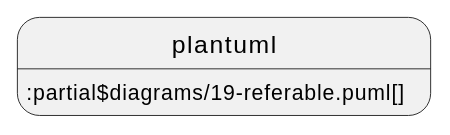
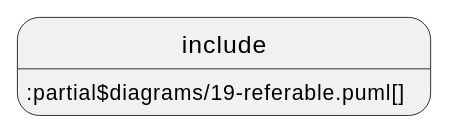
Before and after one commit to acplt/aas-specs: the sixth of 9 diagrams in documentation/IDTA-01001/modules/ROOT/pages/spec-metamodel/common.adoc, drawn with PlantUML. The commit also changed other lines of this file and 14 other files, not shown here.

First line of the commit message:
Revert "Use plantuml instead of include and test ./"

```diff
--- a/documentation/IDTA-01001/modules/ROOT/pages/spec-metamodel/common.adoc
+++ b/documentation/IDTA-01001/modules/ROOT/pages/spec-metamodel/common.adoc
@@ -368,4 +368,4 @@
 [plantuml, 19-referable, svg]
 ....
-plantuml::partial$diagrams/19-referable.puml[]
+include::partial$diagrams/19-referable.puml[]
 ....
```
